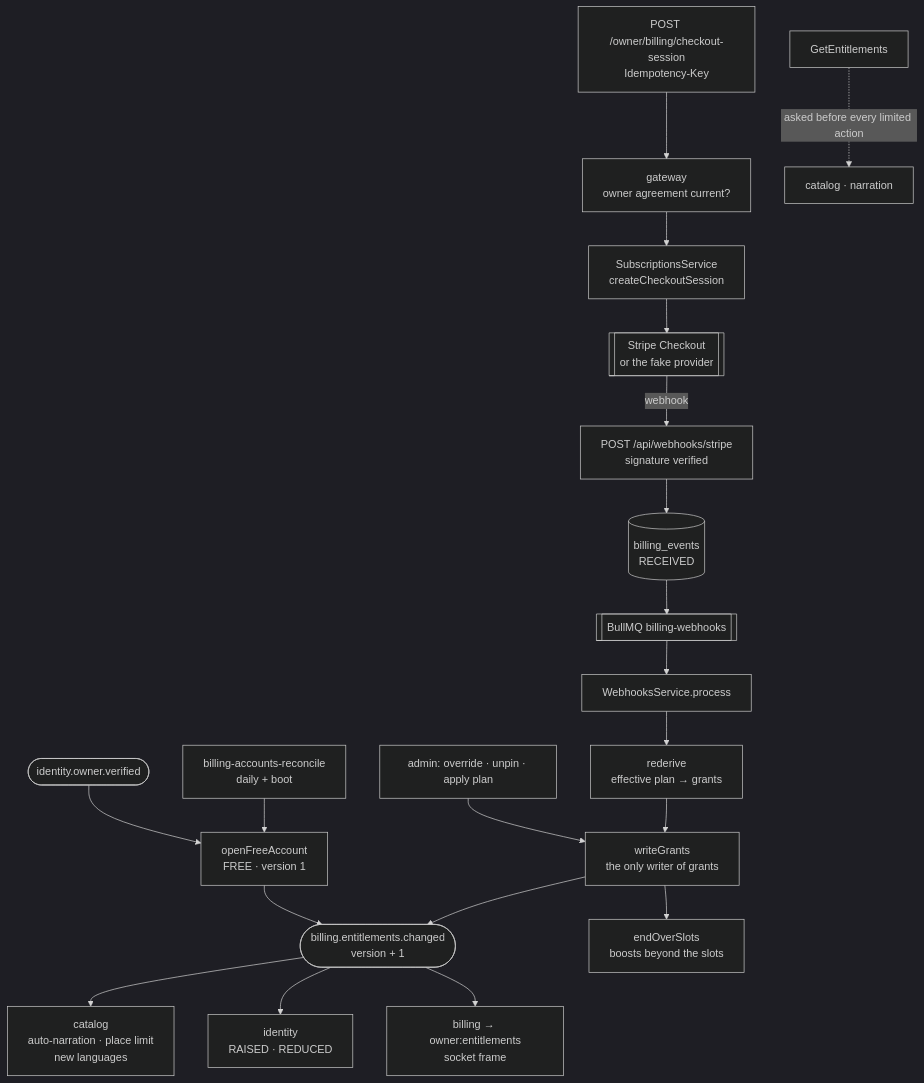
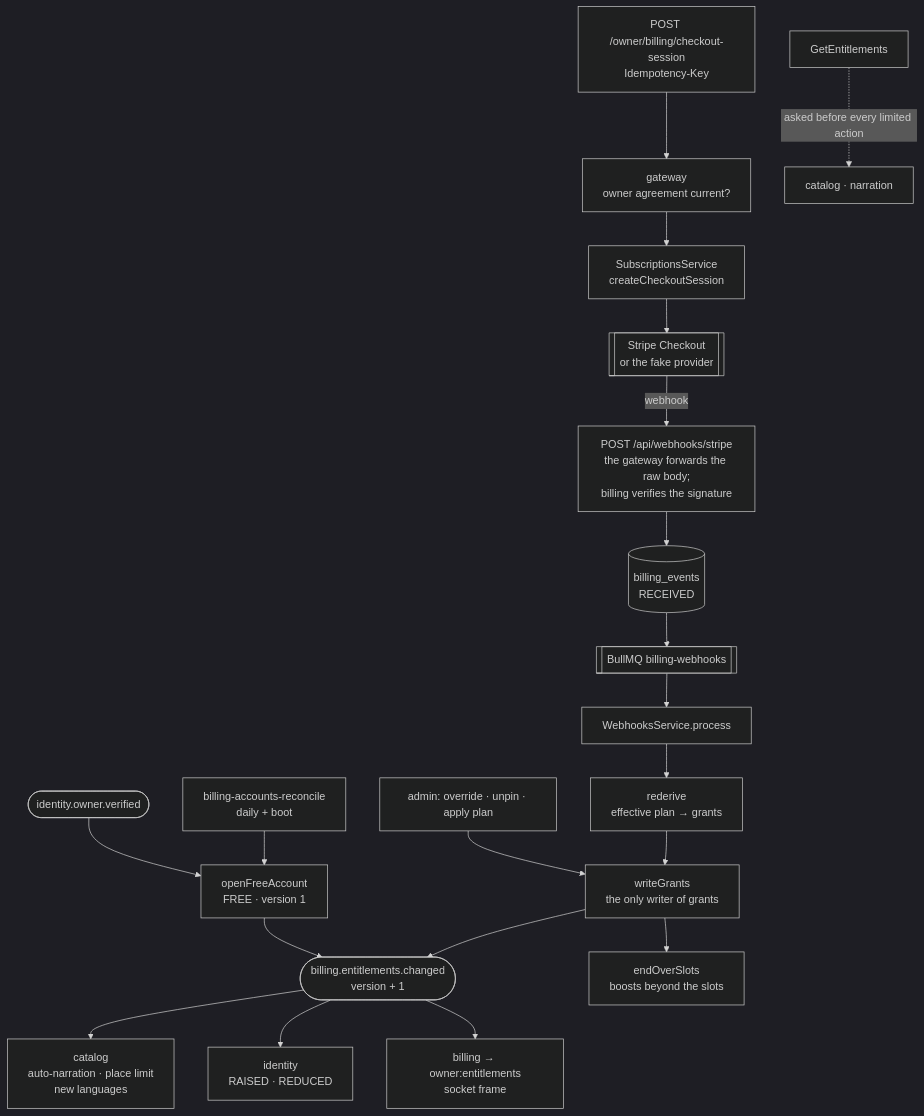
One commit to dungtq2k5/wayfare changed the first of 2 diagrams in docs/reference/flows/billing-and-entitlements.md. Above: the diagram before and after it, drawn with Mermaid (dark theme). The commit also changed other lines of this file and 11 other files, not shown here.

````diff
--- a/docs/reference/flows/billing-and-entitlements.md
+++ b/docs/reference/flows/billing-and-entitlements.md
@@ -11,26 +11,26 @@
 ```mermaid
 flowchart TD
   OV([identity.owner.verified]) --> FA[openFreeAccount<br/>FREE · version 1]
   RC[billing-accounts-reconcile<br/>daily + boot] --> FA
 
   CO[POST /owner/billing/checkout-session<br/>Idempotency-Key] --> GW[gateway<br/>owner agreement current?]
   GW --> CS[SubscriptionsService<br/>createCheckoutSession]
   CS --> SP[[Stripe Checkout<br/>or the fake provider]]
-  SP -->|webhook| WH[POST /api/webhooks/stripe<br/>signature verified]
+  SP -->|webhook| WH[POST /api/webhooks/stripe<br/>the gateway forwards the raw body;<br/>billing verifies the signature]
   WH --> BE[(billing_events<br/>RECEIVED)]
   BE --> Q[[BullMQ billing-webhooks]]
   Q --> PR[WebhooksService.process]
   PR --> RD[rederive<br/>effective plan → grants]
 
   AD[admin: override · unpin · apply plan] --> WG
   RD --> WG[writeGrants<br/>the only writer of grants]
   FA --> EV
   WG --> EV([billing.entitlements.changed<br/>version + 1])
   WG --> BO[endOverSlots<br/>boosts beyond the slots]
 
   EV --> CAT[catalog<br/>auto-narration · place limit<br/>new languages]
   EV --> IDN[identity<br/>RAISED · REDUCED]
   EV --> SOCK[billing → owner:entitlements<br/>socket frame]
 
   GE[GetEntitlements] -.->|asked before every limited action| CAT2[catalog · narration]
 ```
````
